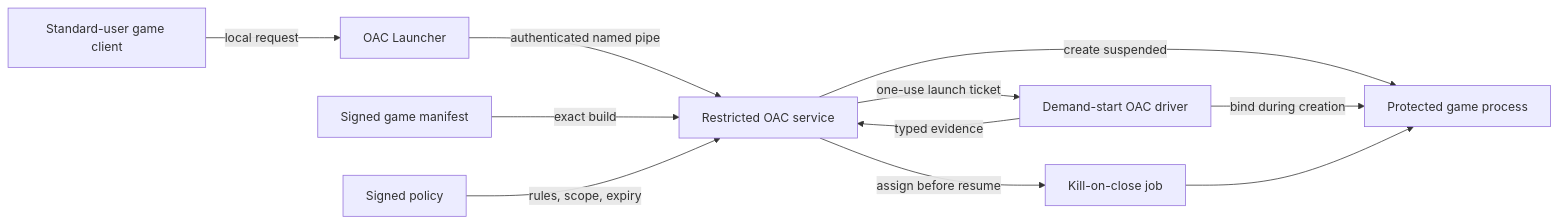
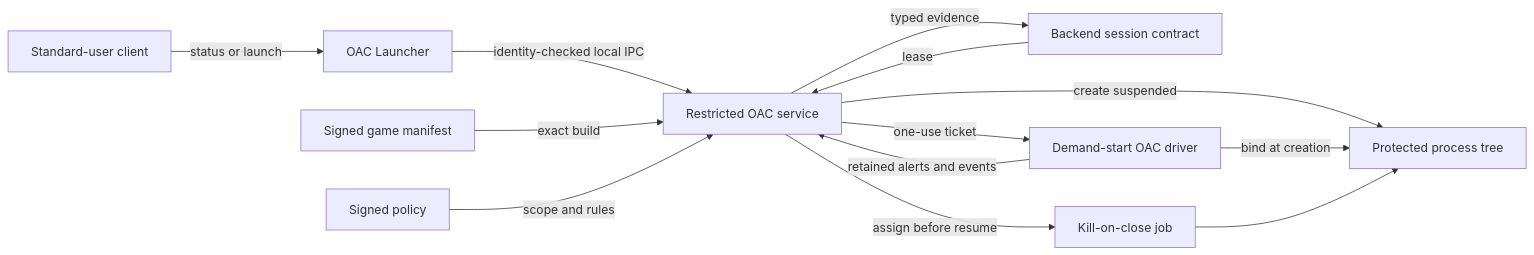
The diagram in README.md (lauralex/OAC), drawn with Mermaid before and after one commit. The commit also changed other lines of this file and 34 other files, not shown here.

Commit message:
Add bounded backend session lifecycle

````diff
--- a/README.md
+++ b/README.md
@@ -24,13 +28,15 @@
 ```mermaid
 flowchart LR
-    Player["Standard-user game client"] -->|"local request"| Launcher["OAC Launcher"]
-    Launcher -->|"authenticated named pipe"| Service["Restricted OAC service"]
+    Player["Standard-user client"] -->|"status or launch"| Launcher["OAC Launcher"]
+    Launcher -->|"identity-checked local IPC"| Service["Restricted OAC service"]
     Manifest["Signed game manifest"] -->|"exact build"| Service
-    Policy["Signed policy"] -->|"rules, scope, expiry"| Service
-    Service -->|"one-use launch ticket"| Driver["Demand-start OAC driver"]
-    Service -->|"create suspended"| Target["Protected game process"]
-    Driver -->|"bind during creation"| Target
+    Policy["Signed policy"] -->|"scope and rules"| Service
+    Backend["Backend session contract"] -->|"lease"| Service
+    Service -->|"typed evidence"| Backend
+    Service -->|"one-use ticket"| Driver["Demand-start OAC driver"]
+    Service -->|"create suspended"| Target["Protected process tree"]
+    Driver -->|"bind at creation"| Target
     Service -->|"assign before resume"| Job["Kill-on-close job"]
     Job --> Target
-    Driver -->|"typed evidence"| Service
+    Driver -->|"retained alerts and events"| Service
 ```
````
